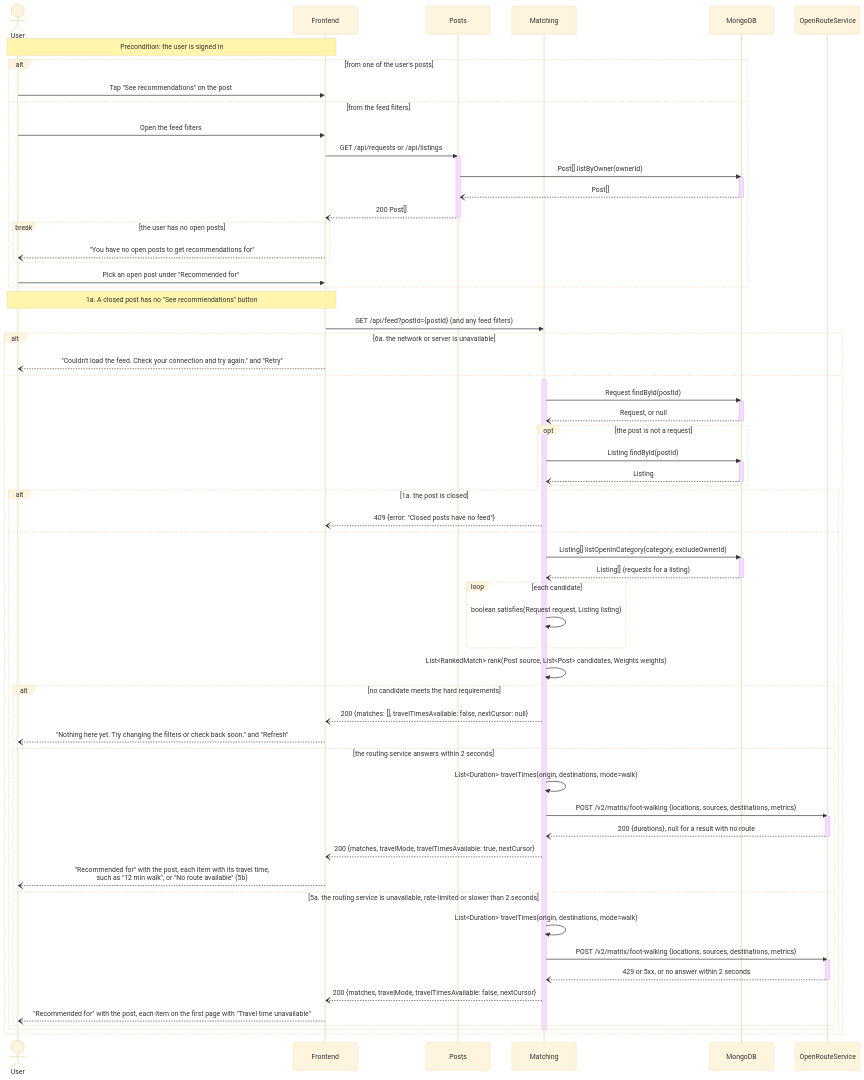
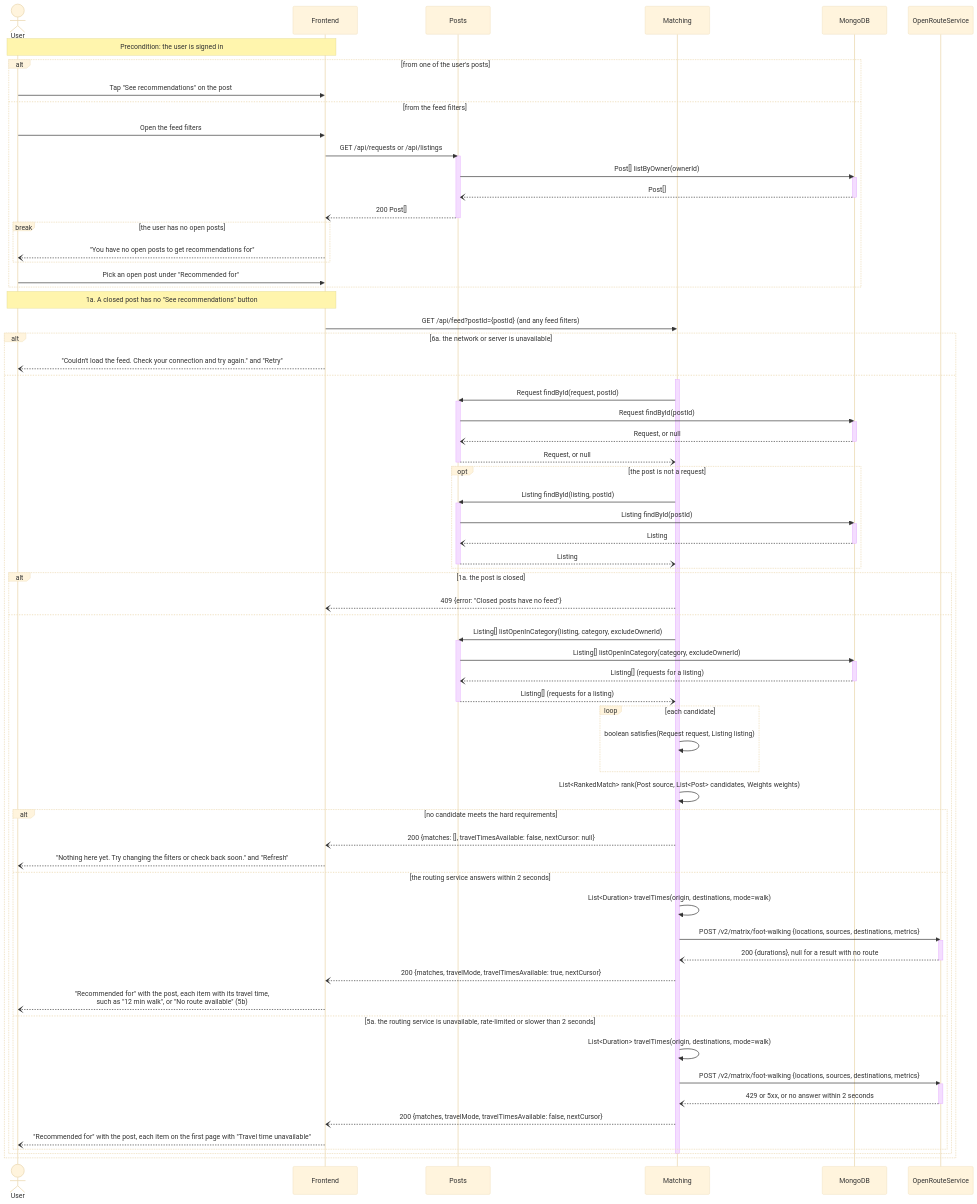
Before and after one commit to m1lun/MatchMarket: the fourth of 6 diagrams in documentation/Requirements_and_Design.md, drawn with Mermaid (base theme). The commit also changed other lines of this file and 43 other files, not shown here.

```diff
--- a/documentation/Requirements_and_Design.md
+++ b/documentation/Requirements_and_Design.md
@@ -764,23 +789,35 @@
         FE--)U: "Couldn't load the feed. Check your connection and try again." and "Retry"
     else
         activate M
-        M->>DB: Request findById(postId)
+        M->>P: Request findById(request, postId)
+        activate P
+        P->>DB: Request findById(postId)
         activate DB
-        DB--)M: Request, or null
+        DB--)P: Request, or null
         deactivate DB
+        P--)M: Request, or null
+        deactivate P
         opt the post is not a request
-            M->>DB: Listing findById(postId)
+            M->>P: Listing findById(listing, postId)
+            activate P
+            P->>DB: Listing findById(postId)
             activate DB
-            DB--)M: Listing
+            DB--)P: Listing
             deactivate DB
+            P--)M: Listing
+            deactivate P
         end
         alt 1a. the post is closed
             M--)FE: 409 {error: "Closed posts have no feed"}
         else
-            M->>DB: Listing[] listOpenInCategory(category, excludeOwnerId)
+            M->>P: Listing[] listOpenInCategory(listing, category, excludeOwnerId)
+            activate P
+            P->>DB: Listing[] listOpenInCategory(category, excludeOwnerId)
             activate DB
-            DB--)M: Listing[] (requests for a listing)
+            DB--)P: Listing[] (requests for a listing)
             deactivate DB
+            P--)M: Listing[] (requests for a listing)
+            deactivate P
             loop each candidate
                 M->>M: boolean satisfies(Request request, Listing listing)
             end
```
